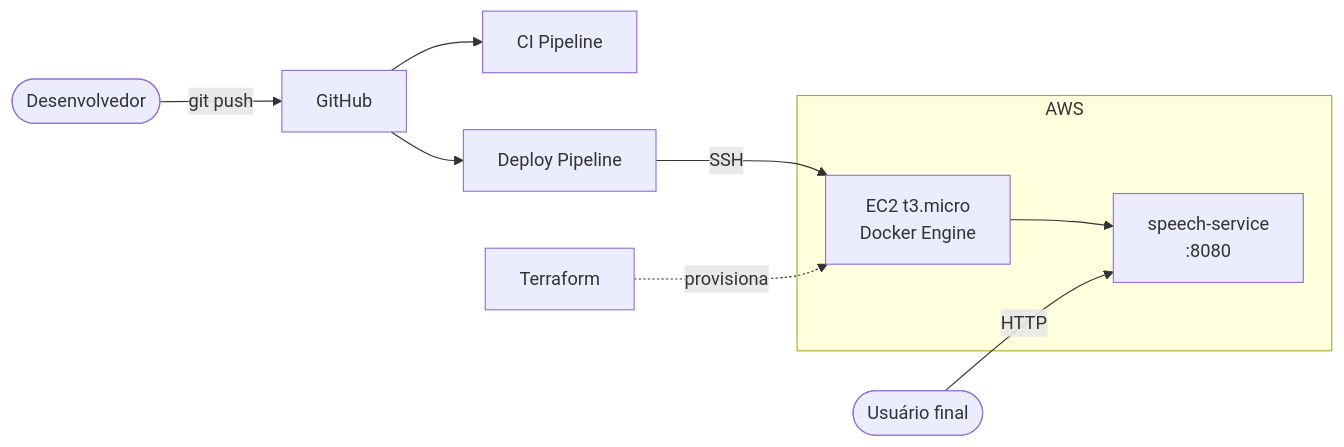
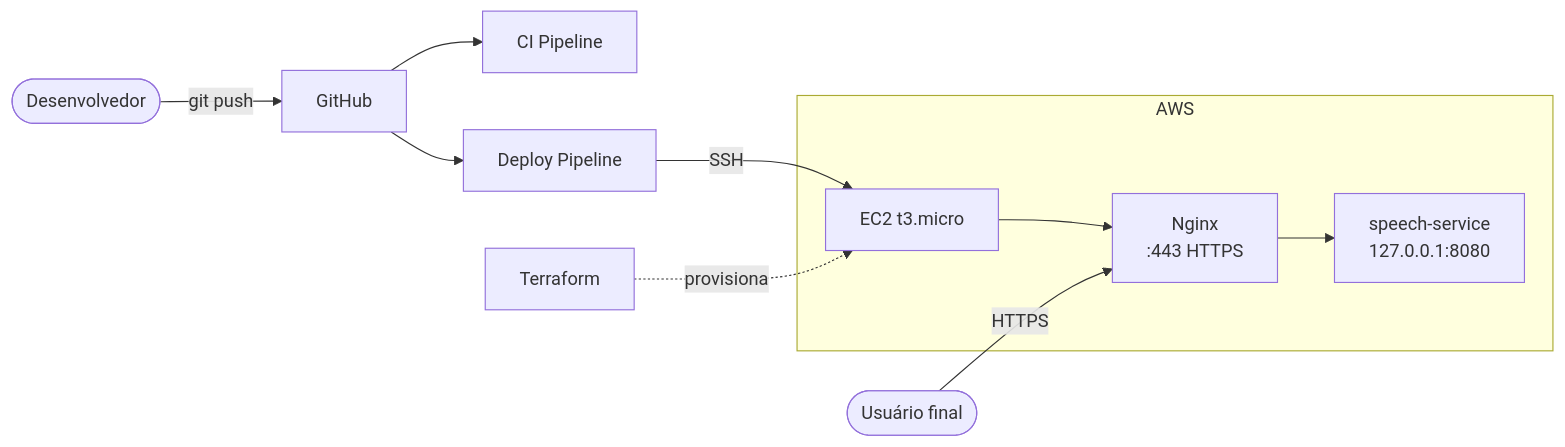
Before and after one commit to Dudainfinity/devspeak-ai: the diagram in README.md, drawn with Mermaid. The commit also changed other lines of this file and 6 other files, not shown here.

First line of the commit message:
Add Nginx + Let's Encrypt HTTPS via sslip.io

````diff
--- a/README.md
+++ b/README.md
@@ -28,12 +28,13 @@
 ```mermaid
 graph LR
     Dev([Desenvolvedor]) -->|git push| GH[GitHub]
     GH --> CI[CI Pipeline]
     GH --> CD[Deploy Pipeline]
     CD -->|SSH| EC2
     subgraph AWS
-        EC2[EC2 t3.micro<br/>Docker Engine] --> Container[speech-service<br/>:8080]
+        EC2[EC2 t3.micro] --> Nginx[Nginx<br/>:443 HTTPS]
+        Nginx --> Container[speech-service<br/>127.0.0.1:8080]
     end
-    User([Usuário final]) -->|HTTP| Container
+    User([Usuário final]) -->|HTTPS| Nginx
     TF[Terraform] -.->|provisiona| EC2
 ```
````
